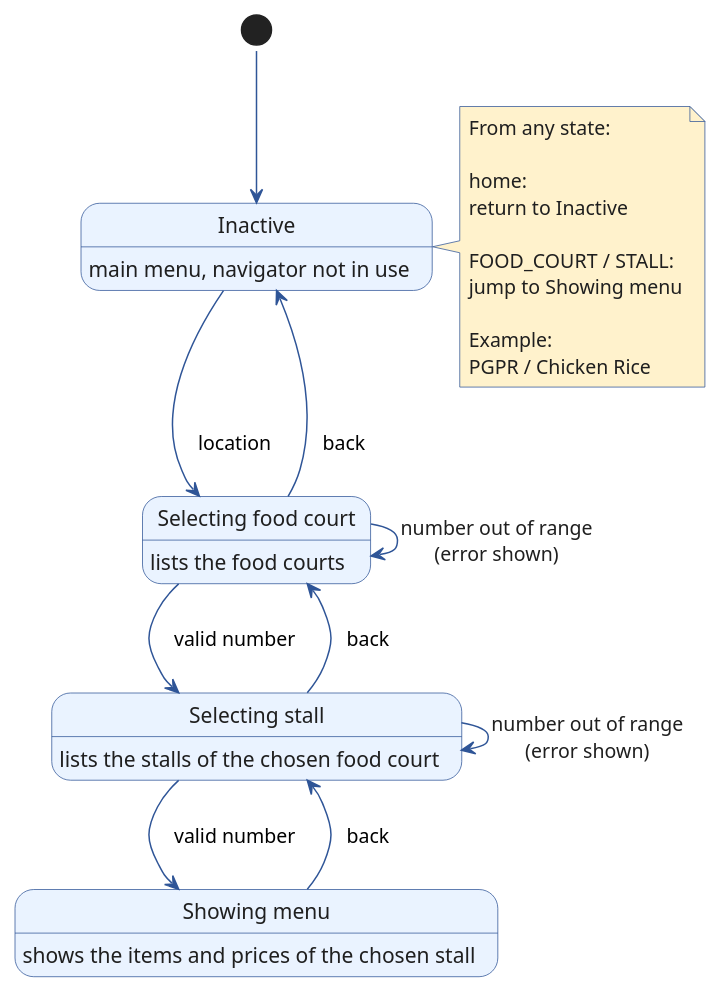
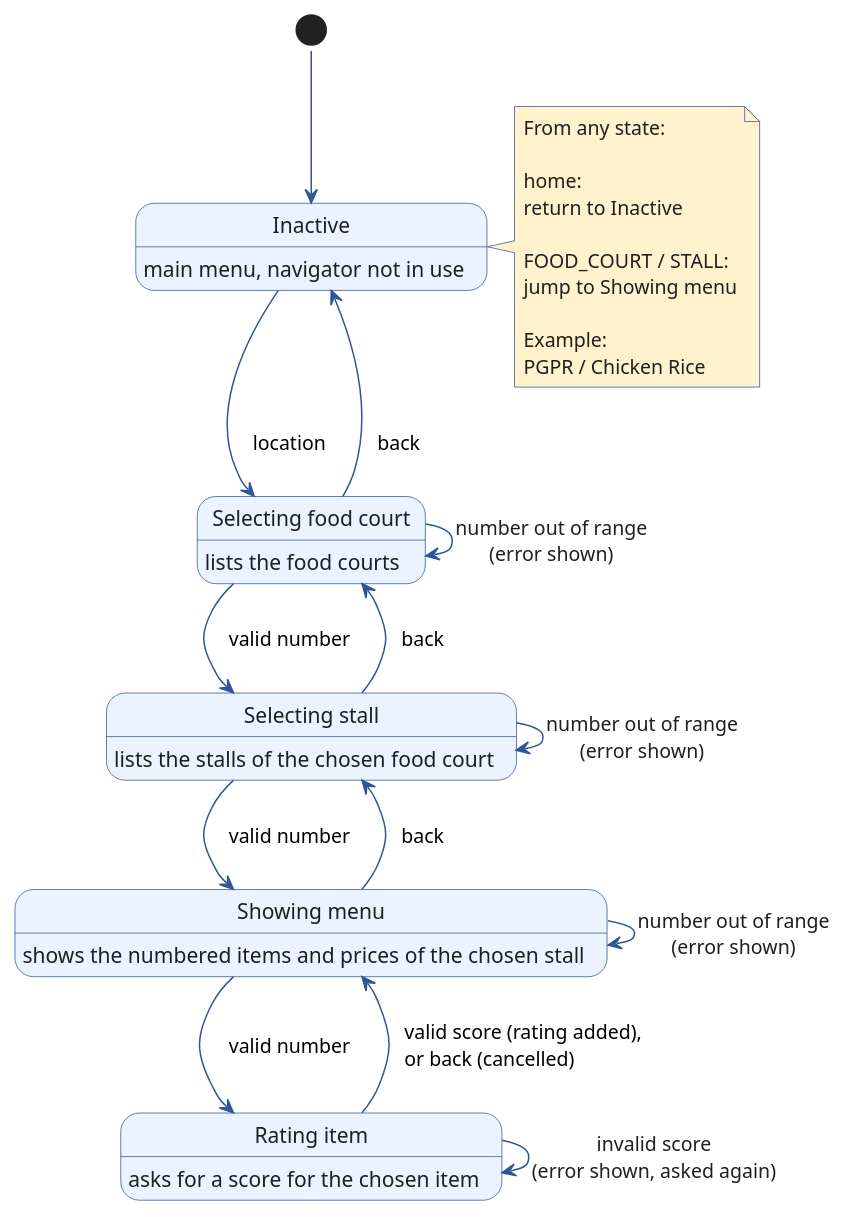
Before and after one commit to AY2627S1-CS2113-W10-3/tp: the diagram in docs/diagrams/NavigationStateDiagram.puml, drawn with PlantUML. The commit also changed 4 other files, not shown here.

Commit message:
Update UG and DG for the new rating flows

```diff
--- a/docs/diagrams/NavigationStateDiagram.puml
+++ b/docs/diagrams/NavigationStateDiagram.puml
@@ -1,77 +1,91 @@
 @startuml
 !pragma layout smetana
 hide empty description
 
 skinparam shadowing false
 
 skinparam state {
     BackgroundColor #EAF3FF
     BorderColor #2F5597
     FontColor #1F1F1F
     FontSize 14
     RoundCorner 15
 }
 
 skinparam ArrowColor #2F5597
 skinparam ArrowFontColor #1F1F1F
 
 skinparam noteBackgroundColor transparent
 skinparam noteBorderColor transparent
 skinparam noteBackgroundColor<<Info>> #FFF2CC
 skinparam noteBorderColor<<Info>> #2F5597
 skinparam noteFontColor<<Info>> #1F1F1F
 
 state "Inactive" as INACTIVE : main menu, navigator not in use
 state "Selecting food court" as SELECTING_LOCATION : lists the food courts
 state "Selecting stall" as SELECTING_STALL : lists the stalls of the chosen food court
-state "Showing menu" as SHOWING_MENU : shows the items and prices of the chosen stall
+state "Showing menu" as SHOWING_MENU : shows the numbered items and prices of the chosen stall
+state "Rating item" as RATING_ITEM : asks for a score for the chosen item
 
 [*] --> INACTIVE
 
 INACTIVE --> SELECTING_LOCATION
 note left on link
 location
 end note
 
 SELECTING_LOCATION --> INACTIVE
 note right on link
 back
 end note
 
 SELECTING_LOCATION --> SELECTING_STALL
 note left on link
 valid number
 end note
 
 SELECTING_STALL --> SELECTING_LOCATION
 note right on link
 back
 end note
 
 SELECTING_STALL --> SHOWING_MENU
 note left on link
 valid number
 end note
 
 SHOWING_MENU --> SELECTING_STALL
 note right on link
 back
 end note
 
+SHOWING_MENU --> RATING_ITEM
+note left on link
+valid number
+end note
+
+RATING_ITEM --> SHOWING_MENU
+note right on link
+valid score (rating added),
+or back (cancelled)
+end note
+
 SELECTING_LOCATION --> SELECTING_LOCATION : number out of range\n(error shown)
 SELECTING_STALL --> SELECTING_STALL : number out of range\n(error shown)
+SHOWING_MENU --> SHOWING_MENU : number out of range\n(error shown)
+RATING_ITEM --> RATING_ITEM : invalid score\n(error shown, asked again)
 
 note right of INACTIVE <<Info>>
 From any state:
 
 home:
 return to Inactive
 
 FOOD_COURT / STALL:
 jump to Showing menu
 
 Example:
 PGPR / Chicken Rice
 end note
 
 @enduml
```
